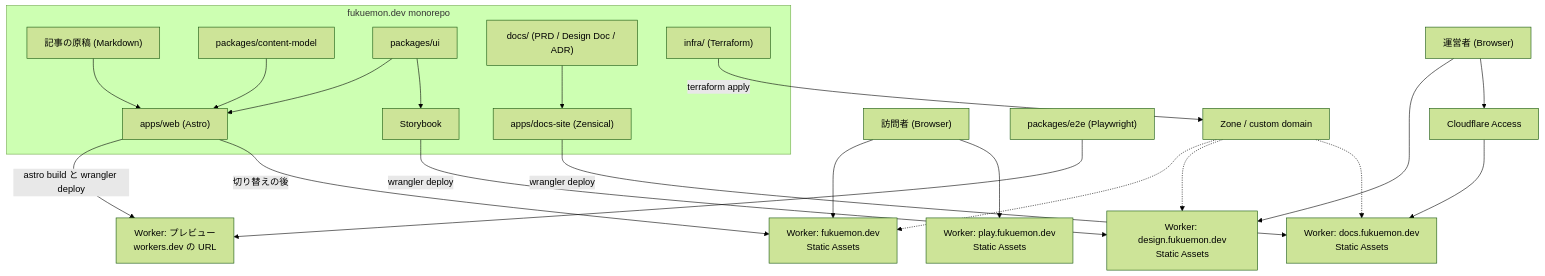
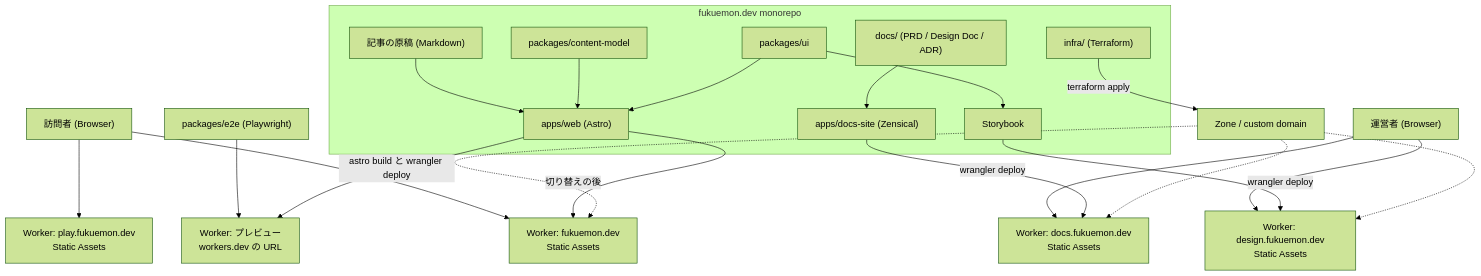
The first of 2 diagrams in docs/design/DesignDoc.md (Fukuemon/fukuemon.dev), drawn with Mermaid (forest theme) before and after one commit. The commit also changed other lines of this file and 12 other files, not shown here.

First line of the commit message:
docs(docs-site): Cloudflare Access の記述を消す #89

````diff
--- a/docs/design/DesignDoc.md
+++ b/docs/design/DesignDoc.md
@@ -63,27 +63,26 @@
 ```mermaid
 flowchart TD
     reader["訪問者 (Browser)"] --> site["Worker: fukuemon.dev<br/>Static Assets"]
     reader --> play["Worker: play.fukuemon.dev<br/>Static Assets"]
     dev["運営者 (Browser)"] --> catalog["Worker: design.fukuemon.dev<br/>Static Assets"]
-    dev --> access["Cloudflare Access"]
-    access --> docsw["Worker: docs.fukuemon.dev<br/>Static Assets"]
+    dev --> docsw["Worker: docs.fukuemon.dev<br/>Static Assets"]
     e2e["packages/e2e (Playwright)"] --> preview["Worker: プレビュー<br/>workers.dev の URL"]
 
     subgraph repo ["fukuemon.dev monorepo"]
         md["記事の原稿 (Markdown)"] --> web["apps/web (Astro)"]
         cm["packages/content-model"] --> web
         ui["packages/ui"] --> web
         ui --> sb["Storybook"]
         docs["docs/ (PRD / Design Doc / ADR)"] --> ds["apps/docs-site (Zensical)"]
         infra["infra/ (Terraform)"]
     end
 
     web -->|"astro build と wrangler deploy"| preview
     web -->|"切り替えの後"| site
     sb -->|"wrangler deploy"| catalog
     ds -->|"wrangler deploy"| docsw
     infra -->|"terraform apply"| cfbase["Zone / custom domain"]
     cfbase -.-> site
     cfbase -.-> catalog
     cfbase -.-> docsw
 ```
````
